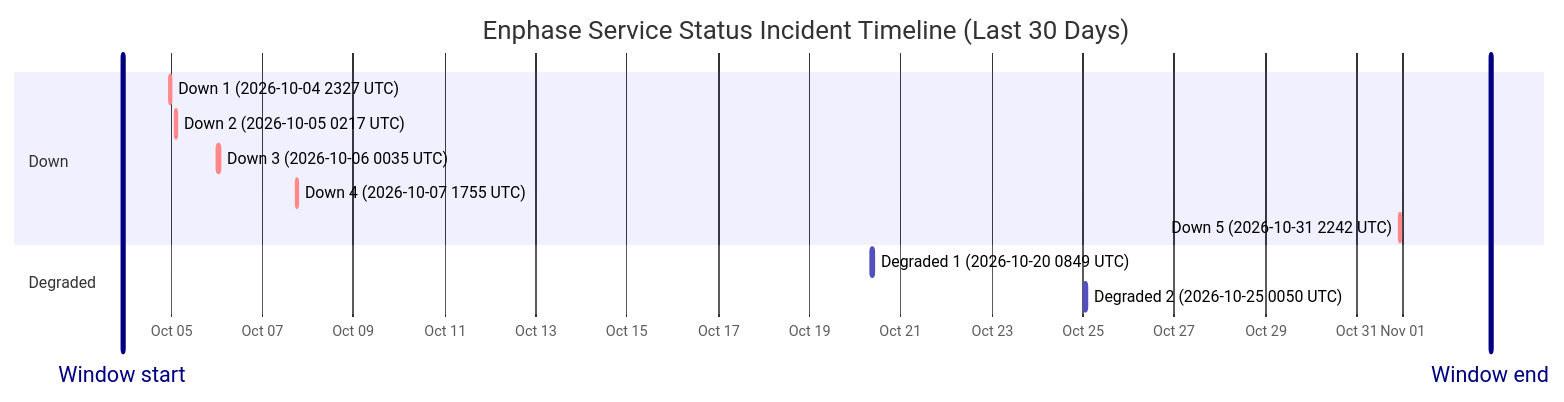
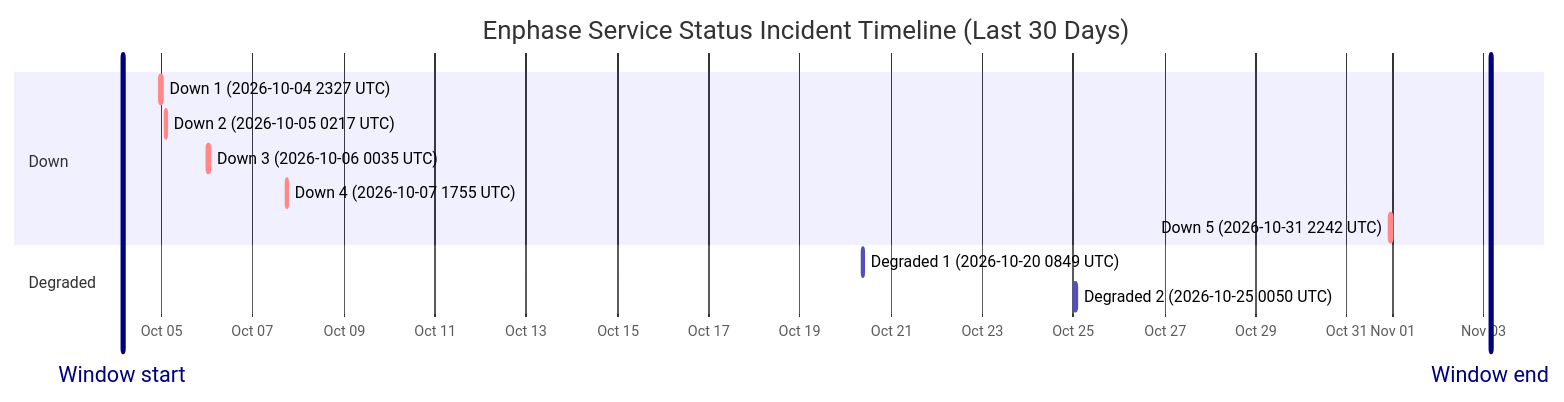
The diagram in wiki/Service-Status-History.md (barneyonline/ha-enphase-energy), drawn with Mermaid before and after one commit. The commit also changed other lines of this file and 3 other files, not shown here.

````diff
--- a/wiki/Service-Status-History.md
+++ b/wiki/Service-Status-History.md
@@ -14,17 +14,17 @@
 ```mermaid
 gantt
     title Enphase Service Status Incident Timeline (Last 30 Days)
     dateFormat  YYYY-MM-DDTHH:mm:ss
     axisFormat  %b %d
-    Window start :vert, window-start, 2026-10-03T22:24:09, 0ms
-    Window end :vert, window-end, 2026-11-02T22:24:09, 0ms
+    Window start :vert, window-start, 2026-10-04T03:35:15, 0ms
+    Window end :vert, window-end, 2026-11-03T03:35:15, 0ms
     section Down
     Down 1 (2026-10-04 2327 UTC) :crit, down-1, 2026-10-04T23:27:34, 60m
     Down 2 (2026-10-05 0217 UTC) :crit, down-2, 2026-10-05T02:17:30, 60m
     Down 3 (2026-10-06 0035 UTC) :crit, down-3, 2026-10-06T00:35:21, 60m
     Down 4 (2026-10-07 1755 UTC) :crit, down-4, 2026-10-07T17:55:16, 60m
     Down 5 (2026-10-31 2242 UTC) :crit, down-5, 2026-10-31T22:42:18, 60m
     section Degraded
     Degraded 1 (2026-10-20 0849 UTC) :active, degraded-1, 2026-10-20T08:49:49, 60m
     Degraded 2 (2026-10-25 0050 UTC) :active, degraded-2, 2026-10-25T00:50:01, 60m
 ```
````
